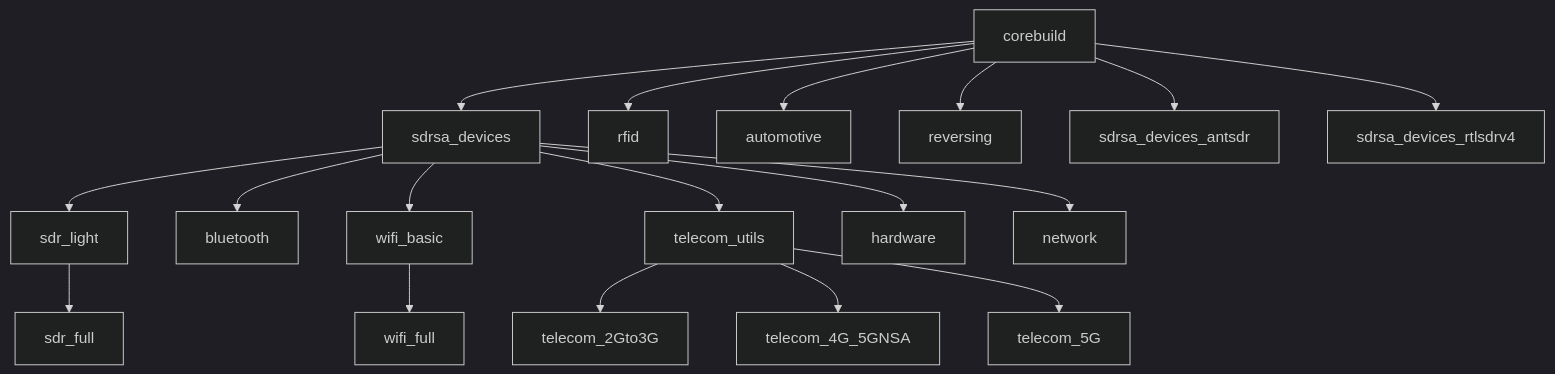
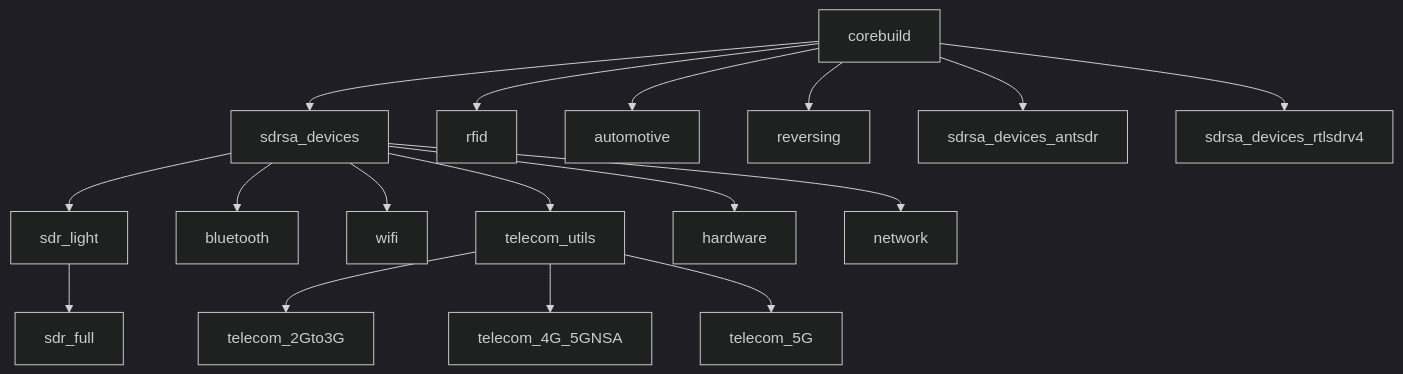
Before and after one commit to PentHertz/rfswift-doc-v2: the diagram in content/docs/guide/list-of-images.md, drawn with Mermaid (dark theme). The commit also changed 1 other file, not shown here.

Commit message:
Updating graph

````diff
--- a/content/docs/guide/list-of-images.md
+++ b/content/docs/guide/list-of-images.md
@@ -78,20 +78,19 @@
 ```mermaid
 graph TD;
     A[corebuild]-->B[sdrsa_devices];
     A-->C[rfid];
     A-->D[automotive];
     A-->E[reversing];
     A-->F[sdrsa_devices_antsdr];
     A-->G[sdrsa_devices_rtlsdrv4];
     B[sdrsa_devices]-->H[sdr_light];
     B[sdrsa_devices]-->I[bluetooth];
-    B[sdrsa_devices]-->J[wifi_basic];
+    B[sdrsa_devices]-->J[wifi];
     B[sdrsa_devices]-->L[telecom_utils];
     B[sdrsa_devices]-->R[hardware];
     B[sdrsa_devices]-->S[network];
     L-->M[telecom_2Gto3G];
     L-->N[telecom_4G_5GNSA];
     L-->O[telecom_5G];
-    J-->P[wifi_full];
     H-->K[sdr_full]
 ```
````
